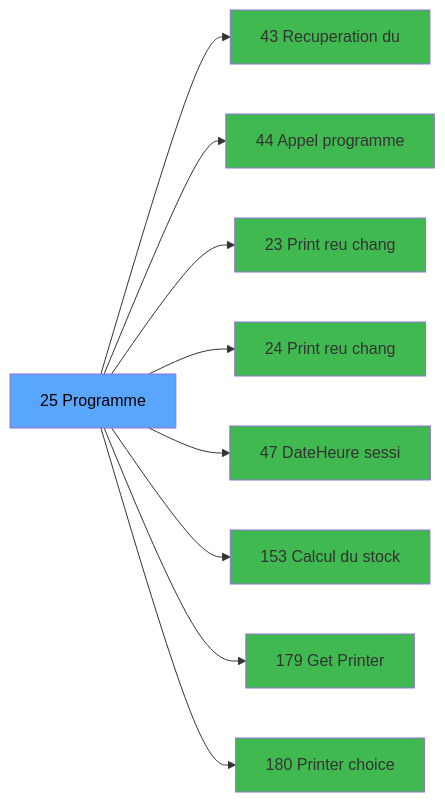
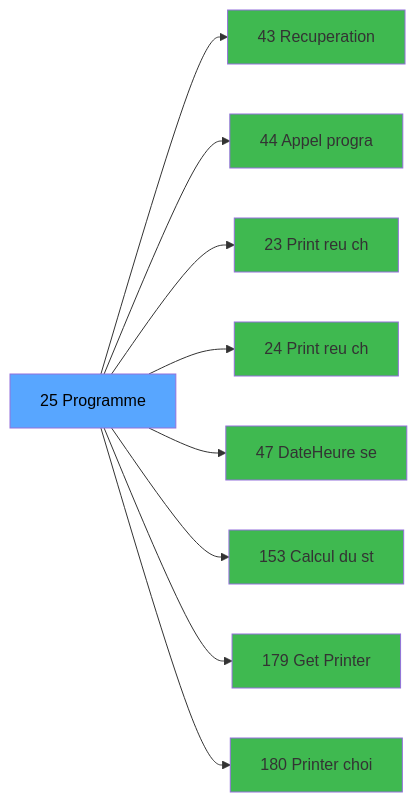
The third of 3 diagrams in .openspec/specs/ADH-IDE-25.md (thonyAGP/magic-migration), drawn with Mermaid before and after one commit. The commit also changed other lines of this file and 323 other files, not shown here.

````diff
--- a/.openspec/specs/ADH-IDE-25.md
+++ b/.openspec/specs/ADH-IDE-25.md
@@ -134,29 +163,29 @@
 ```mermaid
 graph LR
     T[25 Programme]
-    C43[43 Recuperation du]
+    C43[43 Recuperation]
     T --> C43
-    C44[44 Appel programme]
+    C44[44 Appel progra]
     T --> C44
-    C23[23 Print reu chang]
+    C23[23 Print reu ch]
     T --> C23
-    C24[24 Print reu chang]
+    C24[24 Print reu ch]
     T --> C24
-    C47[47 DateHeure sessi]
+    C47[47 DateHeure se]
     T --> C47
-    C153[153 Calcul du stock]
+    C153[153 Calcul du st]
     T --> C153
     C179[179 Get Printer]
     T --> C179
-    C180[180 Printer choice]
+    C180[180 Printer choi]
     T --> C180
     style T fill:#58a6ff,color:#000
     style C43 fill:#3fb950
     style C44 fill:#3fb950
     style C23 fill:#3fb950
     style C24 fill:#3fb950
     style C47 fill:#3fb950
     style C153 fill:#3fb950
     style C179 fill:#3fb950
     style C180 fill:#3fb950
 ```
````
